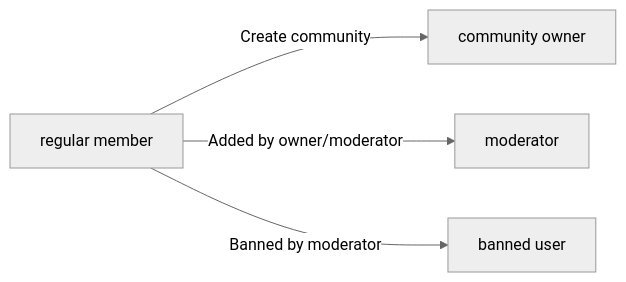
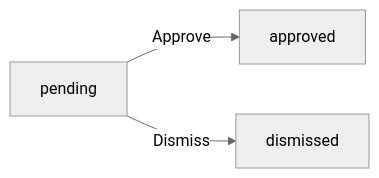
Before and after one commit to wrtnlabs/autobe-examples: the second of 5 diagrams in qwen/qwen3.5-397b-a17b/reddit/docs/analysis/02-domain-model.md, drawn with Mermaid (neutral theme). The commit also changed other lines of this file and 32093 other files, not shown here.

````diff
--- a/qwen/qwen3.5-397b-a17b/reddit/docs/analysis/02-domain-model.md
+++ b/qwen/qwen3.5-397b-a17b/reddit/docs/analysis/02-domain-model.md
@@ -57,6 +460,5 @@
 ```mermaid
 flowchart LR
-    A["regular member"] -->|"Create community"| B["community owner"]
-    A -->|"Added by owner/moderator"| C["moderator"]
-    A -->|"Banned by moderator"| D["banned user"]
+    A["pending"] -->|"Approve"| B["approved"]
+    A -->|"Dismiss"| C["dismissed"]
 ```
````
